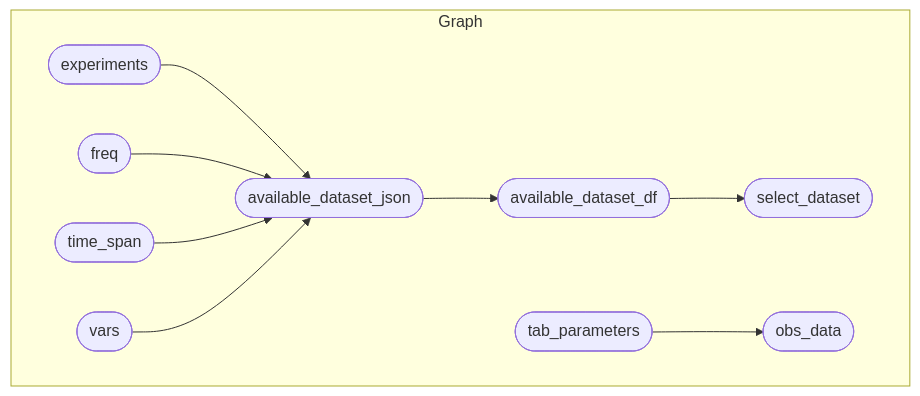
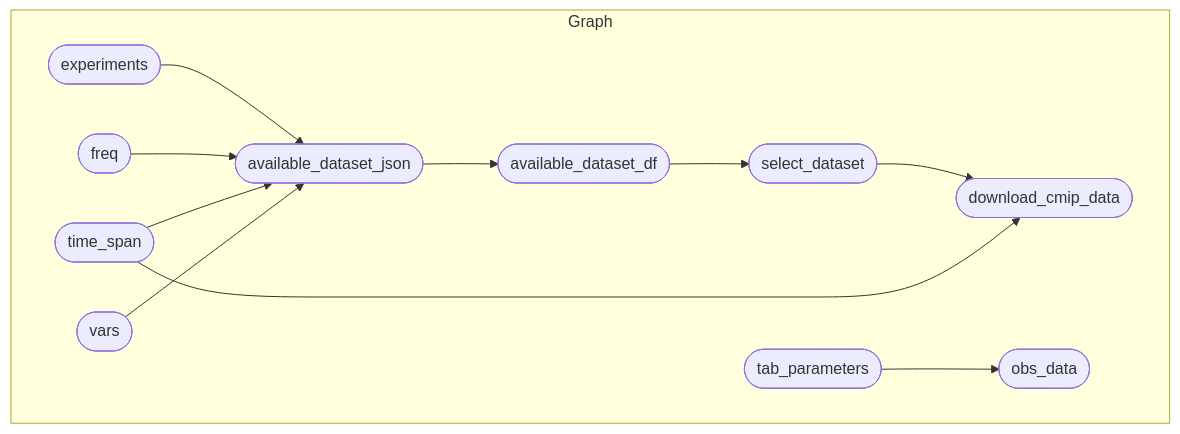
The diagram in README.md (r-fernandezz/downshape), drawn with Mermaid before and after one commit. The commit also changed other lines of this file and 6 other files, not shown here.

Commit message:
✨ NEW FEATURE: add download cmip function

````diff
--- a/README.md
+++ b/README.md
@@ -22,13 +27,15 @@
 ``` mermaid
 graph LR
   subgraph Graph
     direction LR
+    x3f5ab24ee8d242b4(["select_dataset"]):::uptodate --> xba5d8678b6176d68(["download_cmip_data"]):::outdated
+    x2c0118dd07b06ac8(["time_span"]):::uptodate --> xba5d8678b6176d68(["download_cmip_data"]):::outdated
     x6fcf9b0e7fc429ff(["available_dataset_json"]):::uptodate --> xe895740a9b7896f7(["available_dataset_df"]):::uptodate
     xac02e5e58926353b(["experiments"]):::uptodate --> x6fcf9b0e7fc429ff(["available_dataset_json"]):::uptodate
     x906e78a8df9f52cb(["freq"]):::uptodate --> x6fcf9b0e7fc429ff(["available_dataset_json"]):::uptodate
     x2c0118dd07b06ac8(["time_span"]):::uptodate --> x6fcf9b0e7fc429ff(["available_dataset_json"]):::uptodate
     x8f15ec77b8dbd81a(["vars"]):::uptodate --> x6fcf9b0e7fc429ff(["available_dataset_json"]):::uptodate
     xe895740a9b7896f7(["available_dataset_df"]):::uptodate --> x3f5ab24ee8d242b4(["select_dataset"]):::uptodate
-    x4301c707c2ab0cdc(["tab_parameters"]):::uptodate --> xd7bca5ba4e5f539d(["obs_data"]):::uptodate
+    x4301c707c2ab0cdc(["tab_parameters"]):::uptodate --> xd7bca5ba4e5f539d(["obs_data"]):::errored
   end
 ```
````
